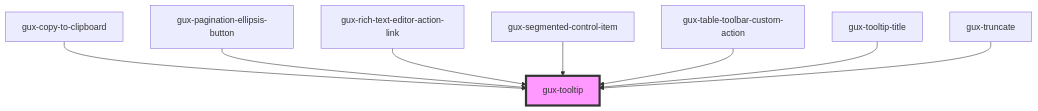
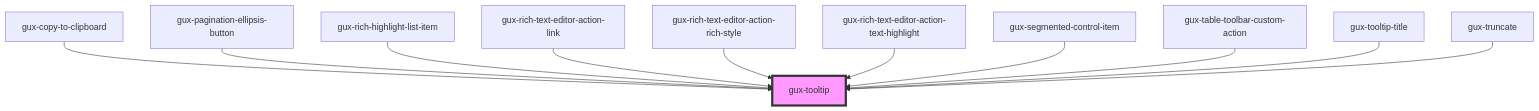
Before and after one commit to MyPureCloud/genesys-spark: the diagram in packages/genesys-spark-components/src/components/stable/gux-tooltip/readme.md, drawn with Mermaid. The commit also changed other lines of this file and 28 other files, not shown here.

First line of the commit message:
feat(rich-text-editor): addition of color picker feature

````diff
--- a/packages/genesys-spark-components/src/components/stable/gux-tooltip/readme.md
+++ b/packages/genesys-spark-components/src/components/stable/gux-tooltip/readme.md
@@ -78,11 +81,14 @@
 ```mermaid
 graph TD;
   gux-copy-to-clipboard --> gux-tooltip
   gux-pagination-ellipsis-button --> gux-tooltip
+  gux-rich-highlight-list-item --> gux-tooltip
   gux-rich-text-editor-action-link --> gux-tooltip
+  gux-rich-text-editor-action-rich-style --> gux-tooltip
+  gux-rich-text-editor-action-text-highlight --> gux-tooltip
   gux-segmented-control-item --> gux-tooltip
   gux-table-toolbar-custom-action --> gux-tooltip
   gux-tooltip-title --> gux-tooltip
   gux-truncate --> gux-tooltip
   style gux-tooltip fill:#f9f,stroke:#333,stroke-width:4px
 ```
````
